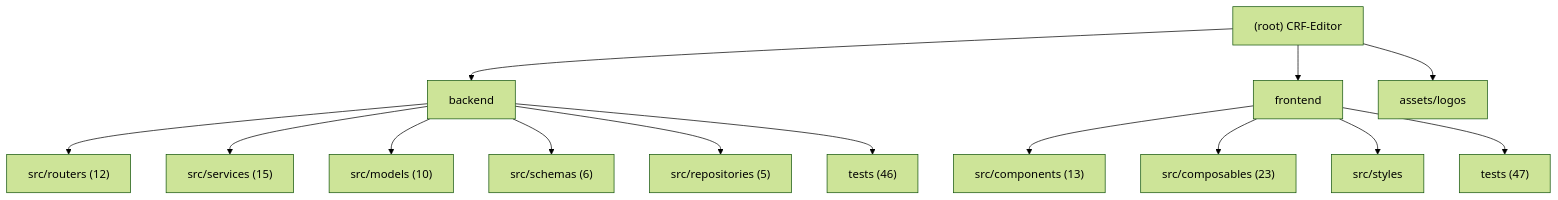
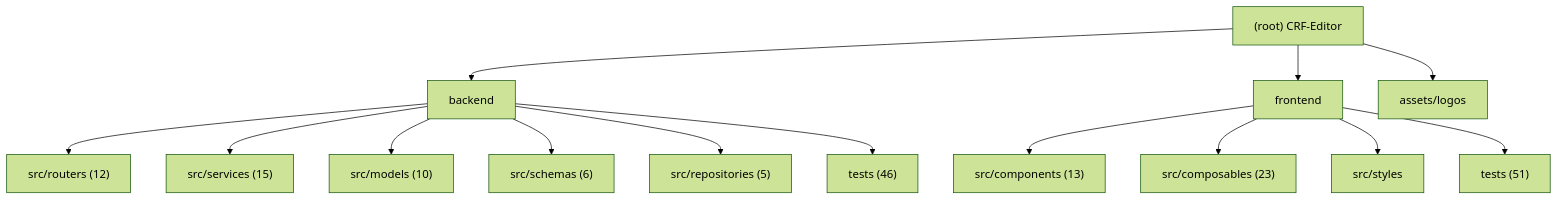
Before and after one commit to decade6666/CRF-Editor: the diagram in .claude/CLAUDE.md, drawn with Mermaid (forest theme). The commit also changed other lines of this file and 16 other files, not shown here.

````diff
--- a/.claude/CLAUDE.md
+++ b/.claude/CLAUDE.md
@@ -15,19 +15,19 @@
 ```mermaid
 graph TD
     A["(root) CRF-Editor"] --> B["backend"];
     B --> B1["src/routers (12)"];
     B --> B2["src/services (15)"];
     B --> B3["src/models (10)"];
     B --> B4["src/schemas (6)"];
     B --> B5["src/repositories (5)"];
     B --> B6["tests (46)"];
     A --> C["frontend"];
     C --> C1["src/components (13)"];
     C --> C2["src/composables (23)"];
     C --> C3["src/styles"];
-    C --> C4["tests (47)"];
+    C --> C4["tests (51)"];
     A --> D["assets/logos"];
 
     click B "./backend/.claude/CLAUDE.md" "View backend module docs"
     click C "./frontend/.claude/CLAUDE.md" "View frontend module docs"
 ```
````
